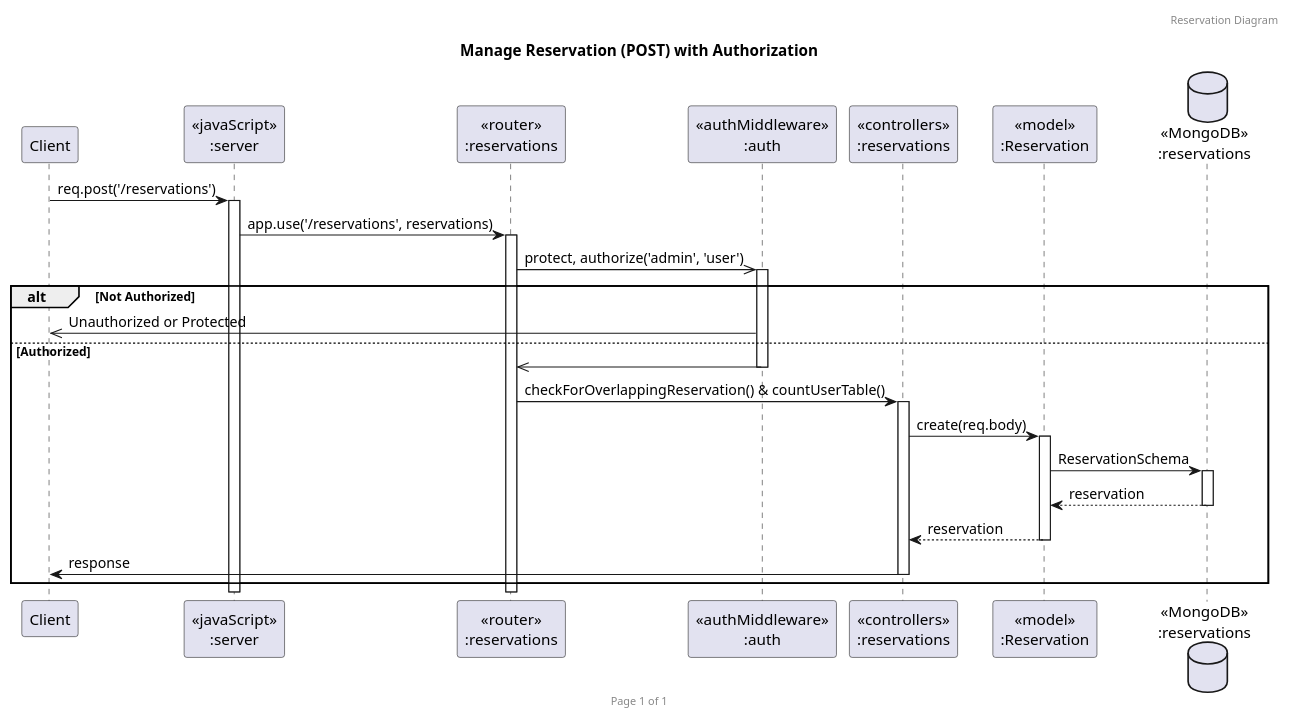
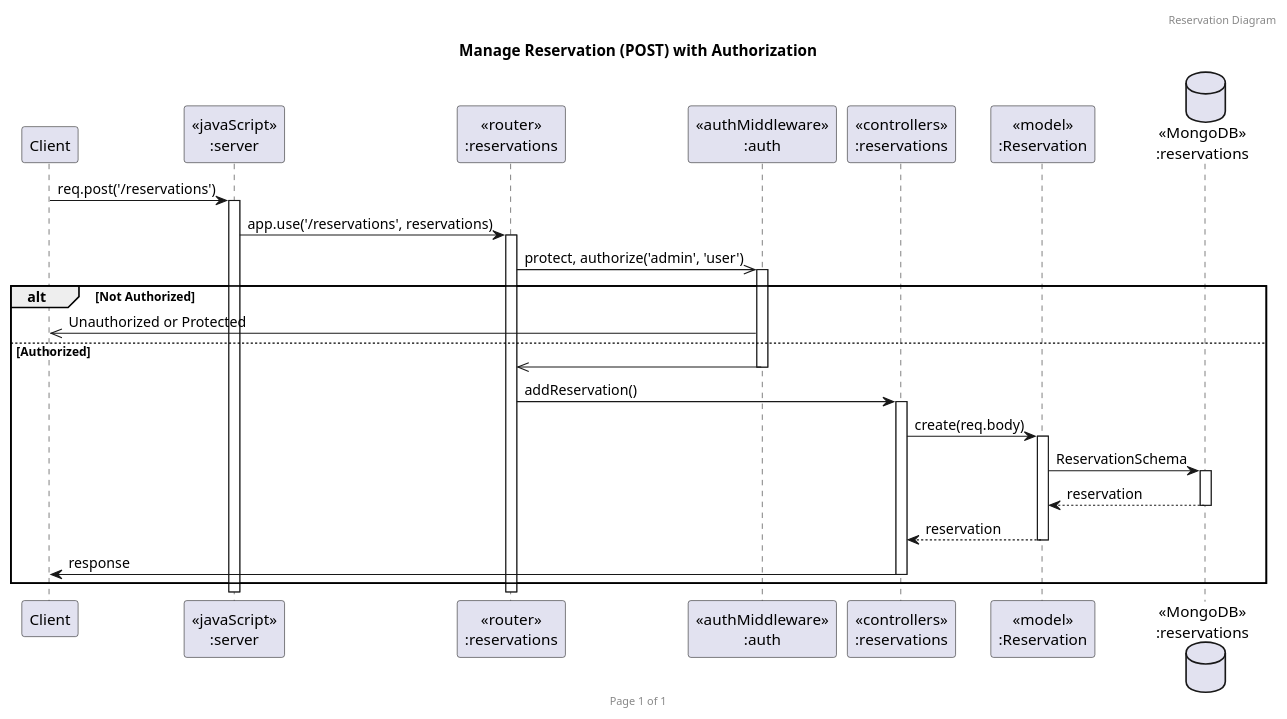
The diagram in uml/reservation/restaurant(post).puml (punchanabu/redrice-backend-express), drawn with PlantUML before and after one commit. The commit also changed 4 other files, not shown here.

```diff
--- a/uml/reservation/restaurant(post).puml
+++ b/uml/reservation/restaurant(post).puml
@@ -1,32 +1,32 @@
 @startuml
 header Reservation Diagram
 footer Page %page% of %lastpage%
 title "Manage Reservation (POST) with Authorization"
 
 participant "Client" as client
 participant "<<javaScript>>\n:server" as server
 participant "<<router>>\n:reservations" as routerReservations
 participant "<<authMiddleware>>\n:auth" as authMiddleware
 participant "<<controllers>>\n:reservations" as controllersReservations
 participant "<<model>>\n:Reservation" as modelReservation
 database "<<MongoDB>>\n:reservations" as ReservationsDatabase
 
 client->server ++:req.post('/reservations')
 server->routerReservations ++:app.use('/reservations', reservations)
 routerReservations->>authMiddleware ++:protect, authorize('admin', 'user')
 
 alt Not Authorized
     authMiddleware->>client :Unauthorized or Protected
 else Authorized
     authMiddleware->>routerReservations -- :
-    routerReservations->controllersReservations ++:checkForOverlappingReservation() & countUserTable()
+    routerReservations->controllersReservations ++:addReservation()
     controllersReservations->modelReservation ++:create(req.body)
     modelReservation ->ReservationsDatabase ++: ReservationSchema
     ReservationsDatabase --> modelReservation --: reservation
     controllersReservations <-- modelReservation --: reservation
     controllersReservations->client --:response
 end
 
 
 
 @enduml
```
